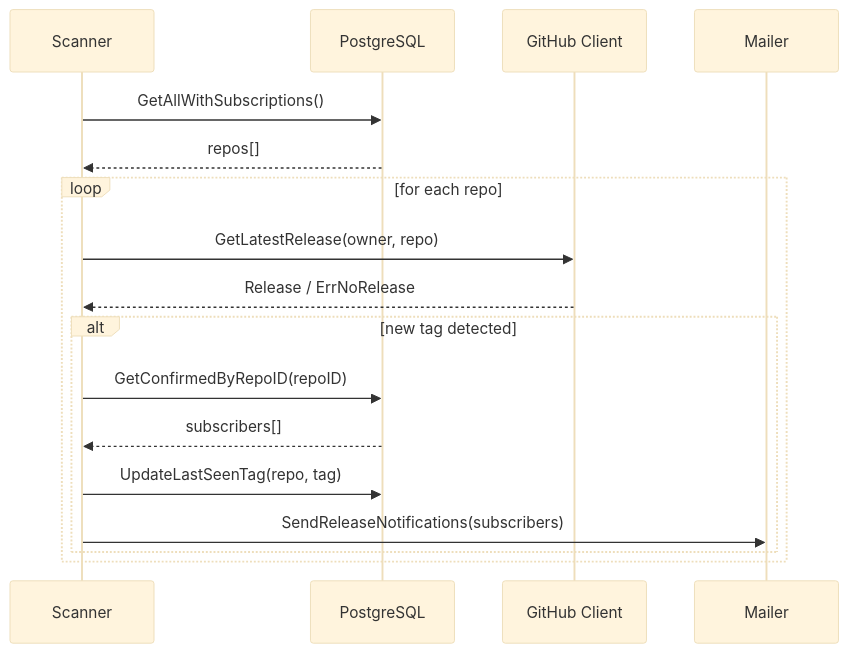
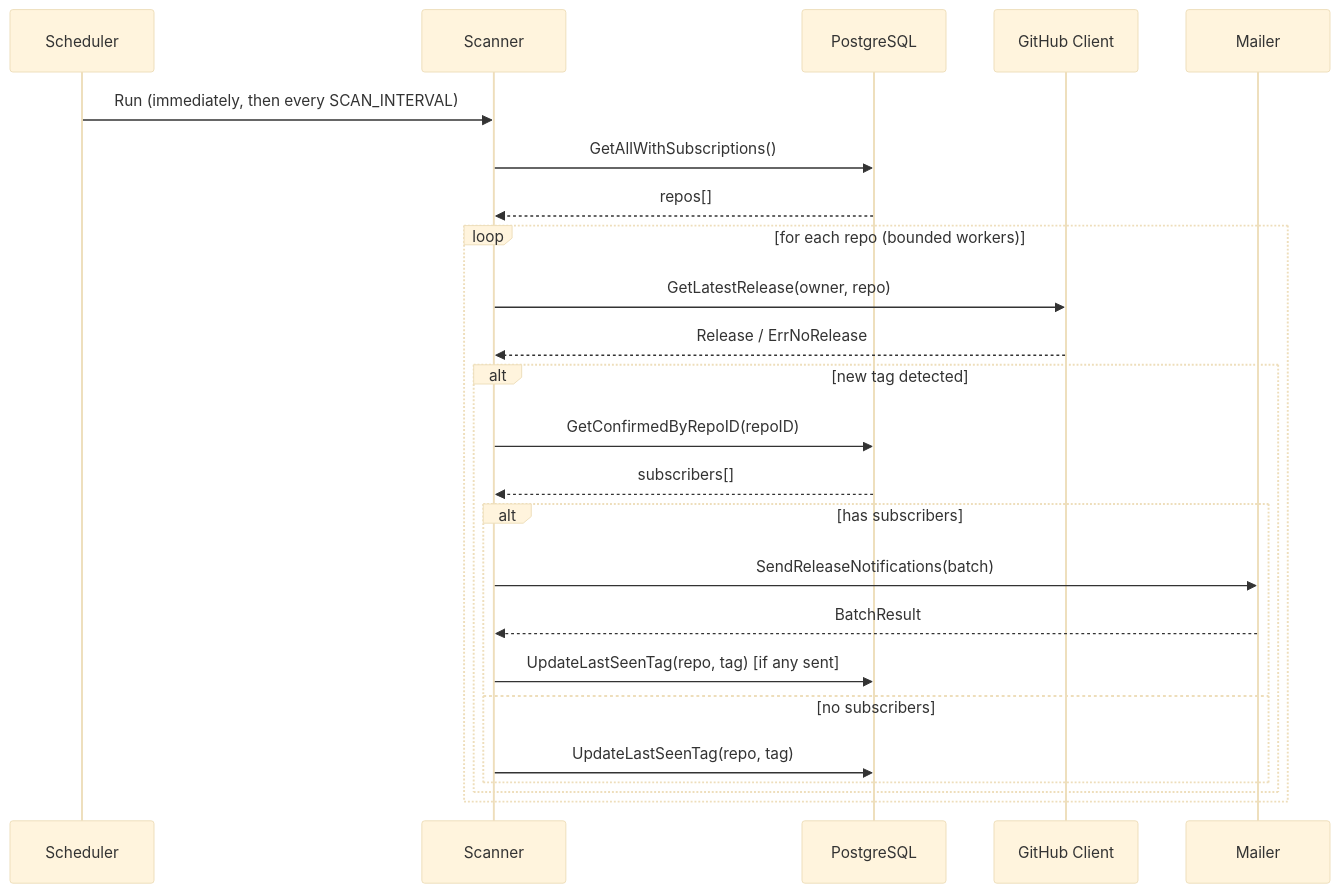
Before and after one commit to GenesisEducationKyiv/software-engineering-school-6-0-mzabrodin: the third of 3 diagrams in docs/sdd.md, drawn with Mermaid (base theme). The commit also changed other lines of this file, not shown here.

Commit message:
docs: expand SDD with gRPC, hexagonal architecture, observability, and email dispatch details

````diff
--- a/docs/sdd.md
+++ b/docs/sdd.md
@@ -119,20 +155,26 @@
 ```mermaid
 sequenceDiagram
+    participant Scheduler
     participant Scanner
     participant DB as PostgreSQL
     participant GH as GitHub Client
     participant Mailer
-
-    Scanner->>DB: GetAllWithSubscriptions()
-    DB-->>Scanner: repos[]
-    loop for each repo
-        Scanner->>GH: GetLatestRelease(owner, repo)
-        GH-->>Scanner: Release / ErrNoRelease
+    Scheduler ->> Scanner: Run (immediately, then every SCAN_INTERVAL)
+    Scanner ->> DB: GetAllWithSubscriptions()
+    DB -->> Scanner: repos[]
+    loop for each repo (bounded workers)
+        Scanner ->> GH: GetLatestRelease(owner, repo)
+        GH -->> Scanner: Release / ErrNoRelease
         alt new tag detected
-            Scanner->>DB: GetConfirmedByRepoID(repoID)
-            DB-->>Scanner: subscribers[]
-            Scanner->>DB: UpdateLastSeenTag(repo, tag)
-            Scanner->>Mailer: SendReleaseNotifications(subscribers)
+            Scanner ->> DB: GetConfirmedByRepoID(repoID)
+            DB -->> Scanner: subscribers[]
+            alt has subscribers
+                Scanner ->> Mailer: SendReleaseNotifications(batch)
+                Mailer -->> Scanner: BatchResult
+                Scanner ->> DB: UpdateLastSeenTag(repo, tag) [if any sent]
+            else no subscribers
+                Scanner ->> DB: UpdateLastSeenTag(repo, tag)
+            end
         end
     end
 ```
````
